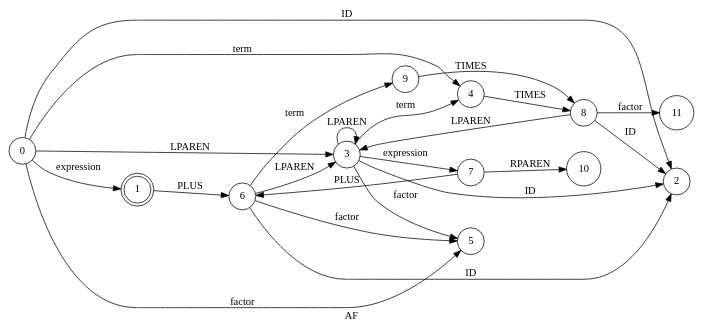
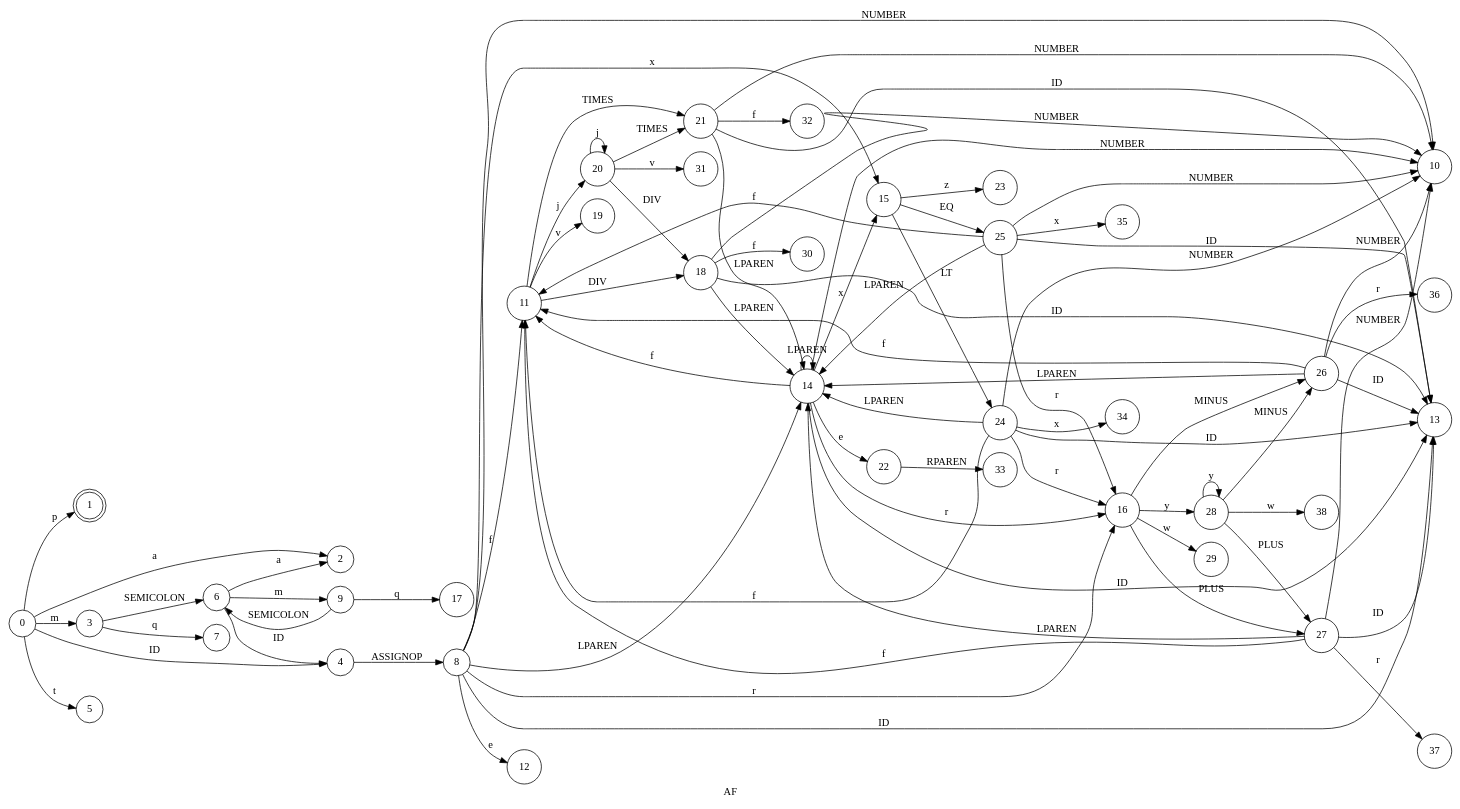
The diagram in LR0/default/LR0_explicit.gv (Danval-003/Construction_Syntax_Analyzer_SLR), drawn with Graphviz before and after one commit. The commit also changed 15 other files, not shown here.

```diff
--- a/LR0/default/LR0_explicit.gv
+++ b/LR0/default/LR0_explicit.gv
@@ -1,39 +1,121 @@
 // LR0
 digraph {
 	rankdir=LR
 	label=AF
 	0 [label=0 shape=circle]
 	1 [label=1 shape=doublecircle]
+	0 -> 1 [label=p]
+	2 [label=2 shape=circle]
+	0 -> 2 [label=a]
+	3 [label=3 shape=circle]
 	6 [label=6 shape=circle]
-	2 [label=2 shape=circle]
-	6 -> 2 [label=ID]
-	3 [label=3 shape=circle]
-	7 [label=7 shape=circle]
-	10 [label=10 shape=circle]
-	7 -> 10 [label=RPAREN]
-	7 -> 6 [label=PLUS]
-	3 -> 7 [label=expression]
-	3 -> 2 [label=ID]
-	3 -> 3 [label=LPAREN]
+	6 -> 2 [label=a]
+	9 [label=9 shape=circle]
+	9 -> 6 [label=SEMICOLON]
+	17 [label=17 shape=circle]
+	9 -> 17 [label=q]
+	6 -> 9 [label=m]
 	4 [label=4 shape=circle]
 	8 [label=8 shape=circle]
-	8 -> 2 [label=ID]
-	8 -> 3 [label=LPAREN]
+	10 [label=10 shape=circle]
+	8 -> 10 [label=NUMBER]
 	11 [label=11 shape=circle]
-	8 -> 11 [label=factor]
-	4 -> 8 [label=TIMES]
-	3 -> 4 [label=term]
+	18 [label=18 shape=circle]
+	18 -> 10 [label=NUMBER]
+	30 [label=30 shape=circle]
+	18 -> 30 [label=f]
+	13 [label=13 shape=circle]
+	18 -> 13 [label=ID]
+	14 [label=14 shape=circle]
+	14 -> 10 [label=NUMBER]
+	14 -> 11 [label=f]
+	22 [label=22 shape=circle]
+	33 [label=33 shape=circle]
+	22 -> 33 [label=RPAREN]
+	14 -> 22 [label=e]
+	14 -> 13 [label=ID]
+	14 -> 14 [label=LPAREN]
+	15 [label=15 shape=circle]
+	23 [label=23 shape=circle]
+	15 -> 23 [label=z]
+	24 [label=24 shape=circle]
+	24 -> 10 [label=NUMBER]
+	24 -> 11 [label=f]
+	24 -> 13 [label=ID]
+	24 -> 14 [label=LPAREN]
+	34 [label=34 shape=circle]
+	24 -> 34 [label=x]
+	16 [label=16 shape=circle]
+	26 [label=26 shape=circle]
+	26 -> 10 [label=NUMBER]
+	26 -> 11 [label=f]
+	26 -> 13 [label=ID]
+	26 -> 14 [label=LPAREN]
+	36 [label=36 shape=circle]
+	26 -> 36 [label=r]
+	16 -> 26 [label=MINUS]
+	27 [label=27 shape=circle]
+	27 -> 10 [label=NUMBER]
+	27 -> 11 [label=f]
+	27 -> 13 [label=ID]
+	27 -> 14 [label=LPAREN]
+	37 [label=37 shape=circle]
+	27 -> 37 [label=r]
+	16 -> 27 [label=PLUS]
+	28 [label=28 shape=circle]
+	28 -> 26 [label=MINUS]
+	28 -> 27 [label=PLUS]
+	28 -> 28 [label=y]
+	38 [label=38 shape=circle]
+	28 -> 38 [label=w]
+	16 -> 28 [label=y]
+	29 [label=29 shape=circle]
+	16 -> 29 [label=w]
+	24 -> 16 [label=r]
+	15 -> 24 [label=LT]
+	25 [label=25 shape=circle]
+	25 -> 10 [label=NUMBER]
+	25 -> 11 [label=f]
+	25 -> 13 [label=ID]
+	25 -> 14 [label=LPAREN]
+	35 [label=35 shape=circle]
+	25 -> 35 [label=x]
+	25 -> 16 [label=r]
+	15 -> 25 [label=EQ]
+	14 -> 15 [label=x]
+	14 -> 16 [label=r]
+	18 -> 14 [label=LPAREN]
+	11 -> 18 [label=DIV]
+	19 [label=19 shape=circle]
+	11 -> 19 [label=v]
+	20 [label=20 shape=circle]
+	20 -> 18 [label=DIV]
+	31 [label=31 shape=circle]
+	20 -> 31 [label=v]
+	20 -> 20 [label=j]
+	21 [label=21 shape=circle]
+	21 -> 10 [label=NUMBER]
+	32 [label=32 shape=circle]
+	21 -> 32 [label=f]
+	21 -> 13 [label=ID]
+	21 -> 14 [label=LPAREN]
+	20 -> 21 [label=TIMES]
+	11 -> 20 [label=j]
+	11 -> 21 [label=TIMES]
+	8 -> 11 [label=f]
+	12 [label=12 shape=circle]
+	8 -> 12 [label=e]
+	8 -> 13 [label=ID]
+	8 -> 14 [label=LPAREN]
+	8 -> 15 [label=x]
+	8 -> 16 [label=r]
+	4 -> 8 [label=ASSIGNOP]
+	6 -> 4 [label=ID]
+	3 -> 6 [label=SEMICOLON]
+	7 [label=7 shape=circle]
+	3 -> 7 [label=q]
+	0 -> 3 [label=m]
+	0 -> 4 [label=ID]
 	5 [label=5 shape=circle]
-	3 -> 5 [label=factor]
-	6 -> 3 [label=LPAREN]
-	9 [label=9 shape=circle]
-	9 -> 8 [label=TIMES]
-	6 -> 9 [label=term]
-	6 -> 5 [label=factor]
-	1 -> 6 [label=PLUS]
-	0 -> 1 [label=expression]
-	0 -> 2 [label=ID]
-	0 -> 3 [label=LPAREN]
-	0 -> 4 [label=term]
-	0 -> 5 [label=factor]
+	0 -> 5 [label=t]
 }
```
